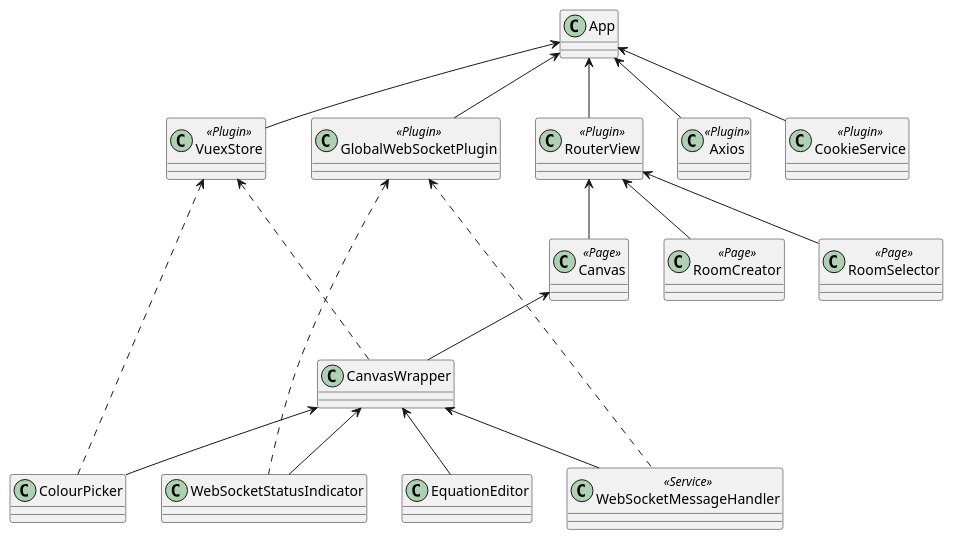
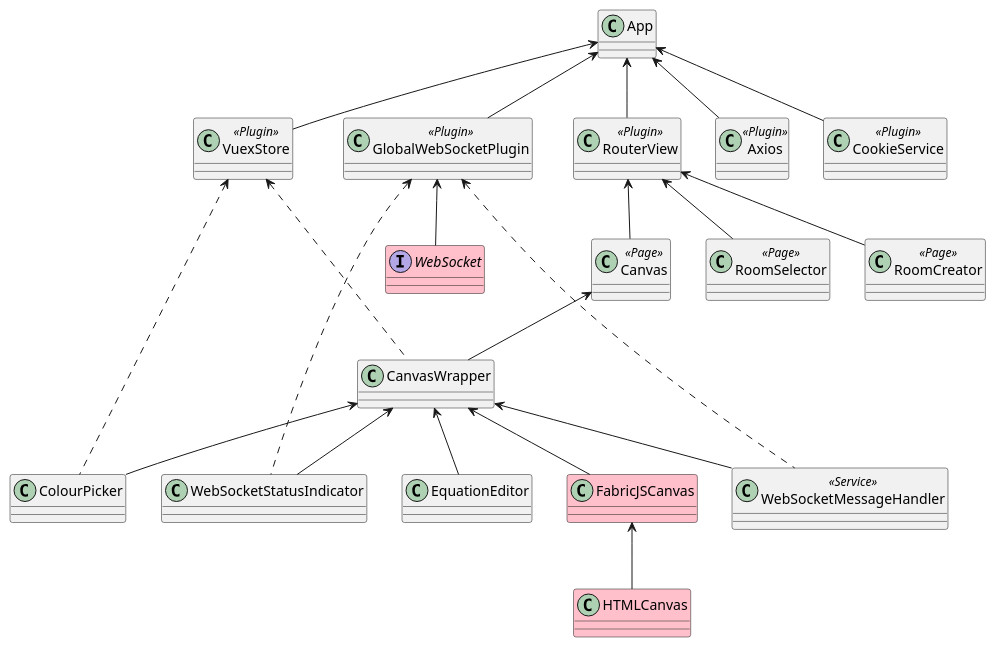
One commit to csworthington/crockr changed the diagram in client/diagrams/ClientComponentStructure.wsd. Above: the diagram before and after it, drawn with PlantUML.

Commit message:
edited client component diagram

```diff
--- a/client/diagrams/ClientComponentStructure.wsd
+++ b/client/diagrams/ClientComponentStructure.wsd
@@ -1,71 +1,83 @@
 @startuml Client Components
 
 class App {}
 
 class RouterView <<Plugin>> {}
 
 class Canvas <<Page>> {}
 
 class RoomCreator <<Page>> {}
 
 class RoomSelector <<Page>> {}
 
 class CanvasWrapper {}
 
 class WebSocketStatusIndicator {}
 
 class ColourPicker {}
 
 class EquationEditor {}
 
 class VuexStore <<Plugin>> {}
 
 class GlobalWebSocketPlugin <<Plugin>> {}
 
 class Axios <<Plugin>> {}
 
 class CookieService <<Plugin>> {}
 
 class WebSocketMessageHandler <<Service>> {}
 
+interface WebSocket #pink {}
+
+class HTMLCanvas #pink {}
+
+class FabricJSCanvas #pink {}
+
 
 VuexStore -[hidden]> GlobalWebSocketPlugin
 GlobalWebSocketPlugin -[hidden]> RouterView
 RouterView -[hidden]> Axios
 Axios -[hidden]> CookieService
 
 App <-- RouterView
 
 App <-- VuexStore
 
 App <-- Axios
 
 App <-- CookieService
 
 App <-- GlobalWebSocketPlugin
+
+GlobalWebSocketPlugin <-- WebSocket
 
 RouterView <-- Canvas
 
 RouterView <-- RoomSelector
 
 RouterView <-- RoomCreator
 
 Canvas <-- CanvasWrapper
 
 CanvasWrapper <-- WebSocketStatusIndicator
 
 CanvasWrapper <-- ColourPicker
 
 CanvasWrapper <-- EquationEditor
 
 CanvasWrapper <-- WebSocketMessageHandler
 
+CanvasWrapper <-- FabricJSCanvas
+
+FabricJSCanvas <-- HTMLCanvas
+
 VuexStore <.. CanvasWrapper
 
 VuexStore <.. ColourPicker
 
 GlobalWebSocketPlugin <.. WebSocketStatusIndicator
 
 GlobalWebSocketPlugin <.. WebSocketMessageHandler
 
 @enduml
```
